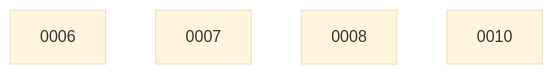
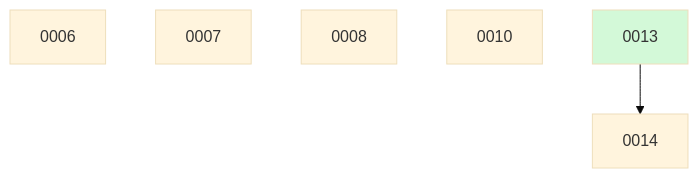
The diagram in docs/changes/BOARD.md (ethanhinson/codeindex), drawn with Mermaid (base theme) before and after one commit. The commit also changed other lines of this file, not shown here.

````diff
--- a/docs/changes/BOARD.md
+++ b/docs/changes/BOARD.md
@@ -14,7 +15,10 @@
 ```mermaid
 graph TD
   0006
   0007
   0008
   0010
+  0013 --> 0014
+  0013:::done
+  classDef done fill:#d3f9d8;
 ```
````
